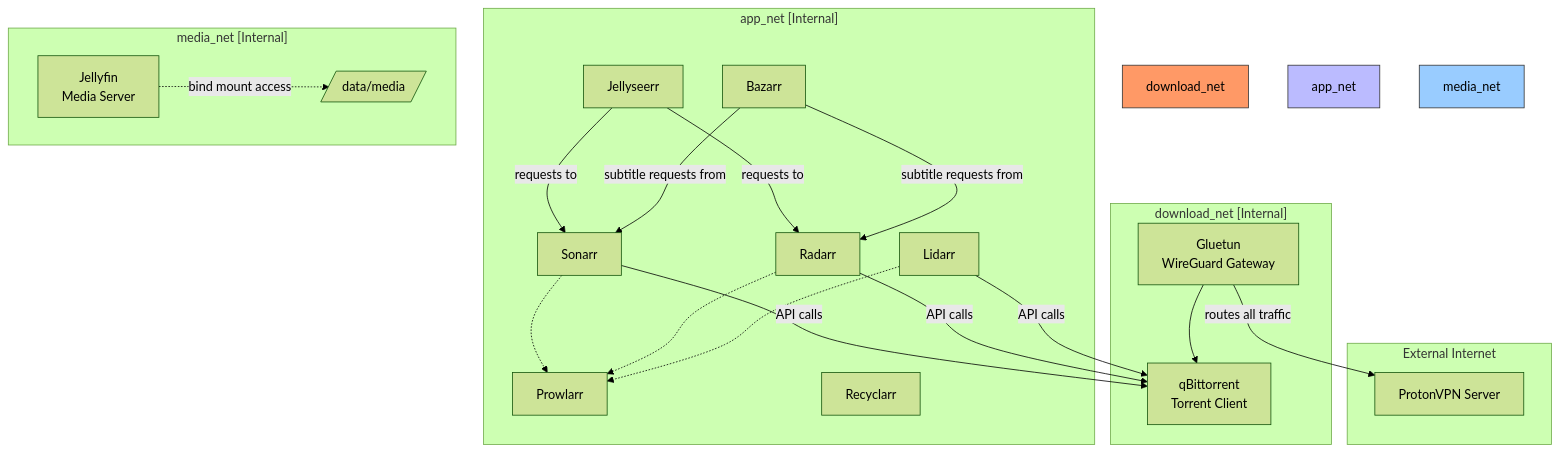
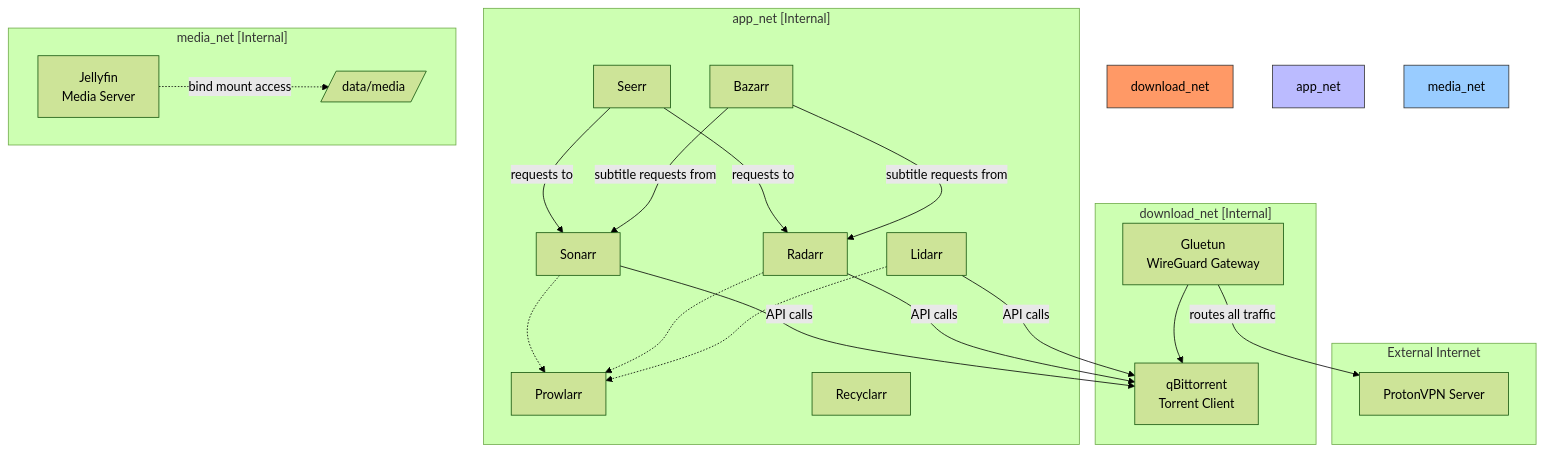
One commit to ThomasGaliotto/arr-stack changed the diagram in docs/networking.md. Above: the diagram before and after it, drawn with Mermaid (forest theme). The commit also changed other lines of this file and 10 other files, not shown here.

First line of the commit message:
feat: migrate Jellyseerr to Seerr

````diff
--- a/docs/networking.md
+++ b/docs/networking.md
@@ -39,51 +39,51 @@
 ```mermaid
 graph TB
     subgraph "External Internet"
         VPN[ProtonVPN Server]
     end
     
     subgraph "download_net [Internal]"
         GLU[Gluetun<br/>WireGuard Gateway]
         QB[qBittorrent<br/>Torrent Client]
         
         GLU -->|routes all traffic| VPN
         
         style download_net fill:#f96,stroke:#333
     end
     
     subgraph "app_net [Internal]"
         SON[Sonarr]
         RAD[Radarr]
         LID[Lidarr]
         PRO[Prowlarr]
         BAZ[Bazarr]
-        JEL[Jellyseerr]
+        JEL[Seerr]
         REC[Recyclarr]
         
         SON -->|API calls| QB
         RAD -->|API calls| QB
         LID -->|API calls| QB
         
         SON -.-> PRO
         RAD -.-> PRO  
         LID -.-> PRO
         
         JEL -->|requests to| SON
         JEL -->|requests to| RAD
         
         BAZ -->|subtitle requests from| SON
         BAZ -->|subtitle requests from| RAD
         
         style app_net fill:#bbf,stroke:#333
     end
     
     subgraph "media_net [Internal]"
         JFIN[Jellyfin<br/>Media Server]
         
         JFIN -.->|bind mount access| MEDIA[/data/media/]
         
         style media_net fill:#9cf,stroke:#333
     end
     
     GLU --> QB
 ```
````
